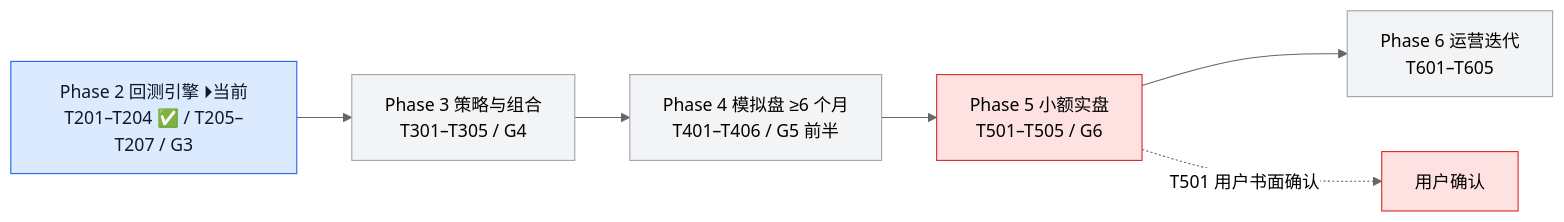
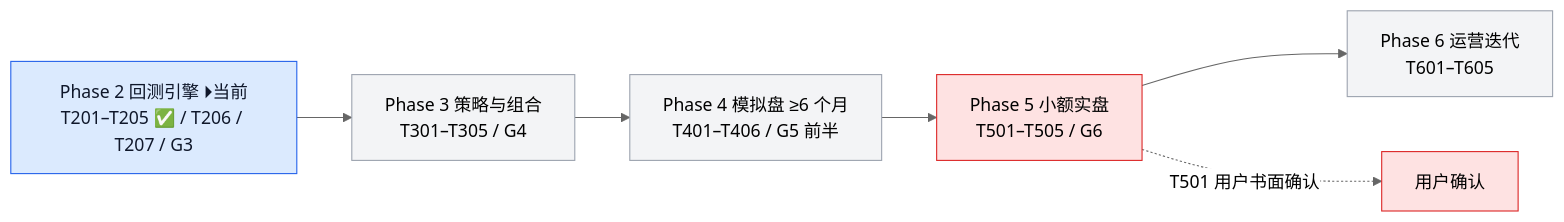
One commit to YZml1507/FinAI2.0 changed the fourth of 4 diagrams in docs/project_status_flowchart.md. Above: the diagram before and after it, drawn with Mermaid (neutral theme). The commit also changed other lines of this file and 3 other files, not shown here.

Commit message:
docs: T205 状态标记 — CLAUDE.md §0/§5/§7 + spec 快照 + 流程图（T205 ✅ / 383 绿 / 当前位 T206）

````diff
--- a/docs/project_status_flowchart.md
+++ b/docs/project_status_flowchart.md
@@ -74,14 +74,14 @@
 ```mermaid
 flowchart LR
-  P2[Phase 2 回测引擎 ⏵当前<br/>T201–T204 ✅ / T205–T207 / G3] --> P3[Phase 3 策略与组合<br/>T301–T305 / G4]
+  P2[Phase 2 回测引擎 ⏵当前<br/>T201–T205 ✅ / T206 / T207 / G3] --> P3[Phase 3 策略与组合<br/>T301–T305 / G4]
   P3 --> P4[Phase 4 模拟盘 ≥6 个月<br/>T401–T406 / G5 前半]
   P4 --> P5[Phase 5 小额实盘<br/>T501–T505 / G6]
   P5 --> P6[Phase 6 运营迭代<br/>T601–T605]
   P5 -.->|T501 用户书面确认| USER[用户确认]
   style P2 fill:#dbeafe,stroke:#2563eb,color:#0f172a
   style P3 fill:#f3f4f6,stroke:#9ca3af
   style P4 fill:#f3f4f6,stroke:#9ca3af
   style P5 fill:#fee2e2,stroke:#dc2626
   style P6 fill:#f3f4f6,stroke:#9ca3af
   style USER fill:#fee2e2,stroke:#dc2626
 ```
````
